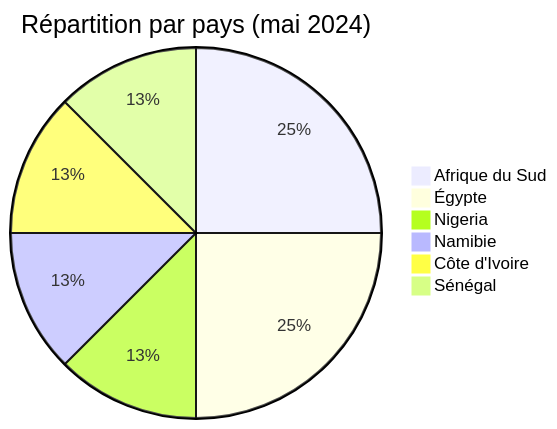
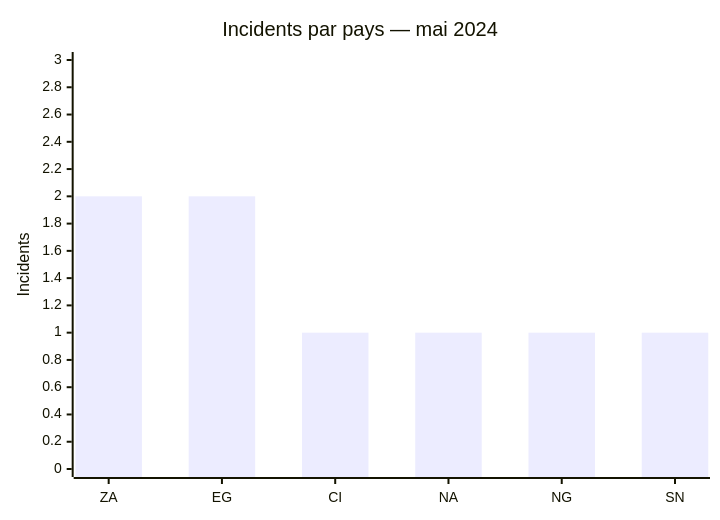
The first of 2 diagrams in CyberAttackAfrica/2024/05-may/README_FR.md (Hatchepsoute/AFRINTEL), drawn with Mermaid before and after one commit. The commit also changed other lines of this file and 109 other files, not shown here.

````diff
--- a/CyberAttackAfrica/2024/05-may/README_FR.md
+++ b/CyberAttackAfrica/2024/05-may/README_FR.md
@@ -61,10 +44,7 @@
 ```mermaid
-pie
-    title Répartition par pays (mai 2024)
-    "Afrique du Sud" : 2
-    "Égypte" : 2
-    "Nigeria" : 1
-    "Namibie" : 1
-    "Côte d'Ivoire" : 1
-    "Sénégal" : 1
+xychart
+    title "Incidents par pays — mai 2024"
+    x-axis ["ZA","EG","CI","NA","NG","SN"]
+    y-axis "Incidents" 0 --> 3
+    bar [2,2,1,1,1,1]
 ```
````
